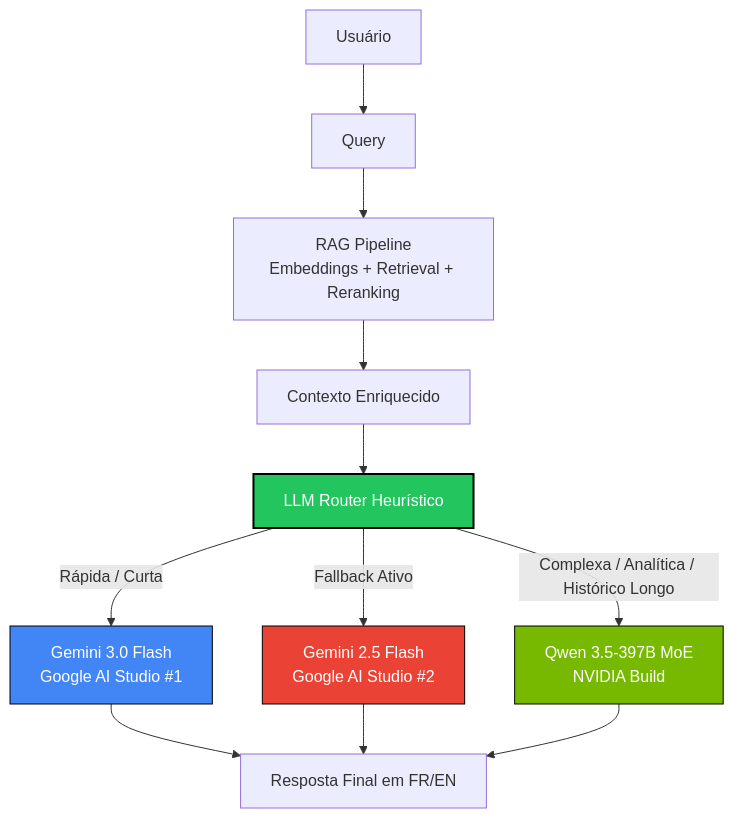
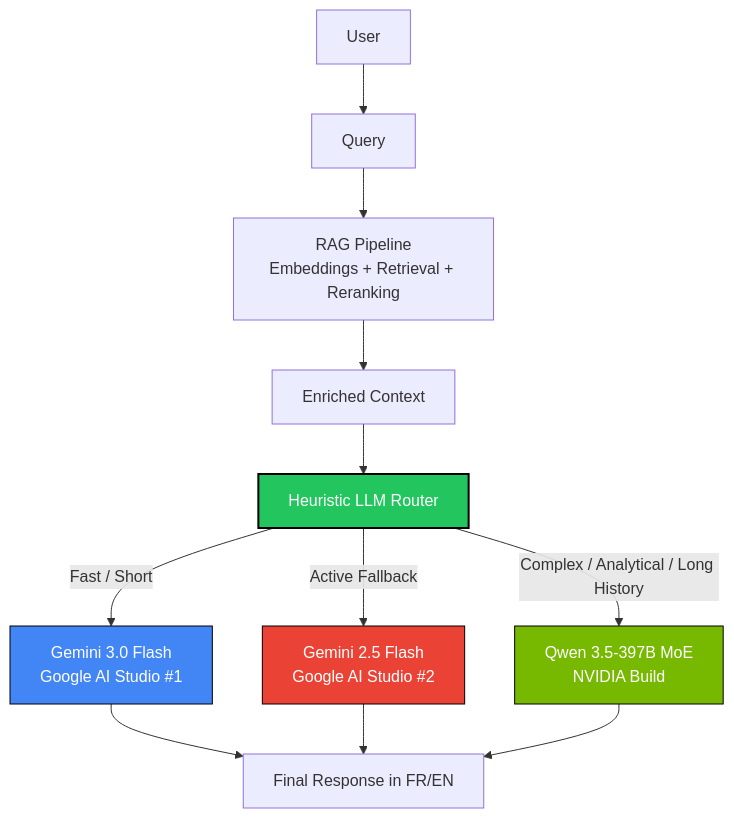
Before and after one commit to R-midolli/Midolli-AI: the diagram in README.md, drawn with Mermaid. The commit also changed other lines of this file, not shown here.

````diff
--- a/README.md
+++ b/README.md
@@ -28,21 +28,21 @@
 ```mermaid
 flowchart TD
-    A[Usuário] --> B[Query]
+    A[User] --> B[Query]
     B --> C[RAG Pipeline\nEmbeddings + Retrieval + Reranking]
-    C --> D[Contexto Enriquecido]
+    C --> D[Enriched Context]
     
-    D --> E[LLM Router Heurístico]
+    D --> E[Heuristic LLM Router]
     
-    E -->|Rápida / Curta| F[Gemini 3.0 Flash\nGoogle AI Studio #1]
-    E -->|Fallback Ativo| G[Gemini 2.5 Flash\nGoogle AI Studio #2]
-    E -->|Complexa / Analítica / Histórico Longo| H[Qwen 3.5-397B MoE\nNVIDIA Build]
+    E -->|Fast / Short| F[Gemini 3.0 Flash\nGoogle AI Studio #1]
+    E -->|Active Fallback| G[Gemini 2.5 Flash\nGoogle AI Studio #2]
+    E -->|Complex / Analytical / Long History| H[Qwen 3.5-397B MoE\nNVIDIA Build]
     
-    F --> I[Resposta Final em FR/EN]
+    F --> I[Final Response in FR/EN]
     G --> I
     H --> I
 
     style E fill:#22c55e,color:#fff,stroke:#000,stroke-width:2px
     style H fill:#76b900,color:#fff,stroke:#000,stroke-width:1px
     style F fill:#4285f4,color:#fff,stroke:#000,stroke-width:1px
     style G fill:#ea4335,color:#fff,stroke:#000,stroke-width:1px
 ```
````
